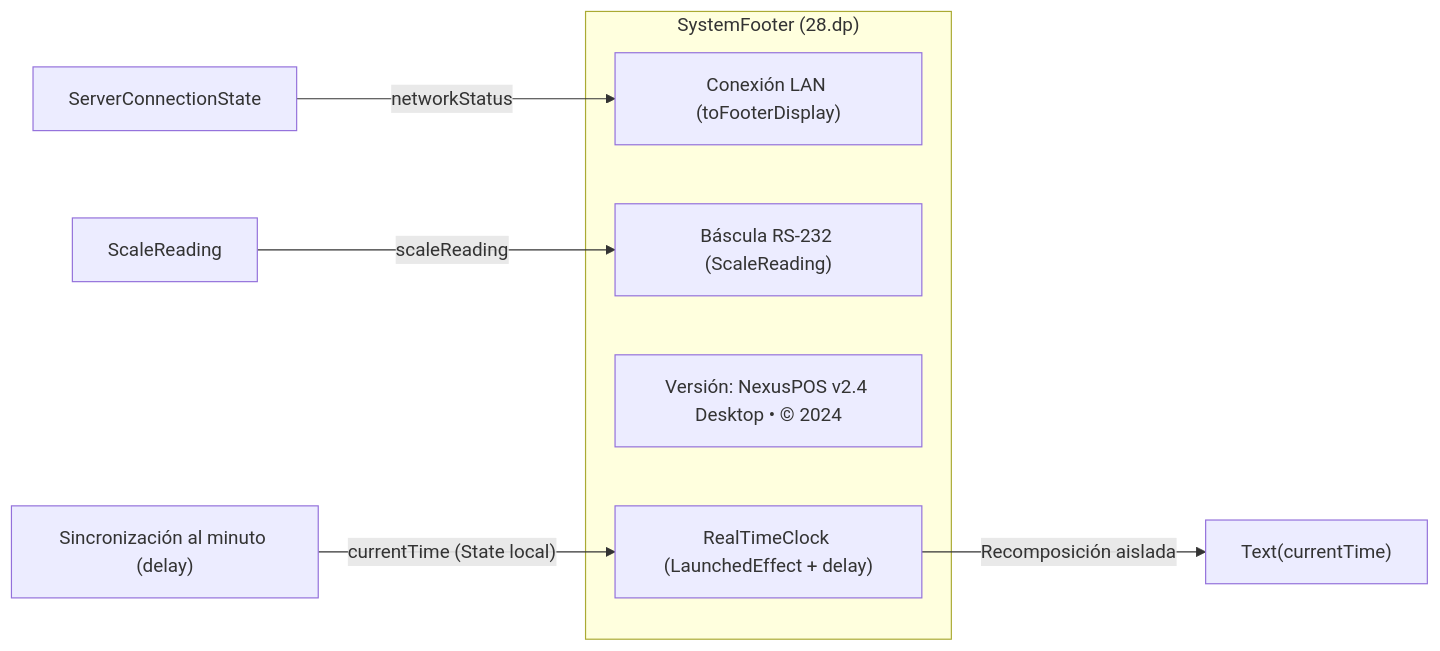
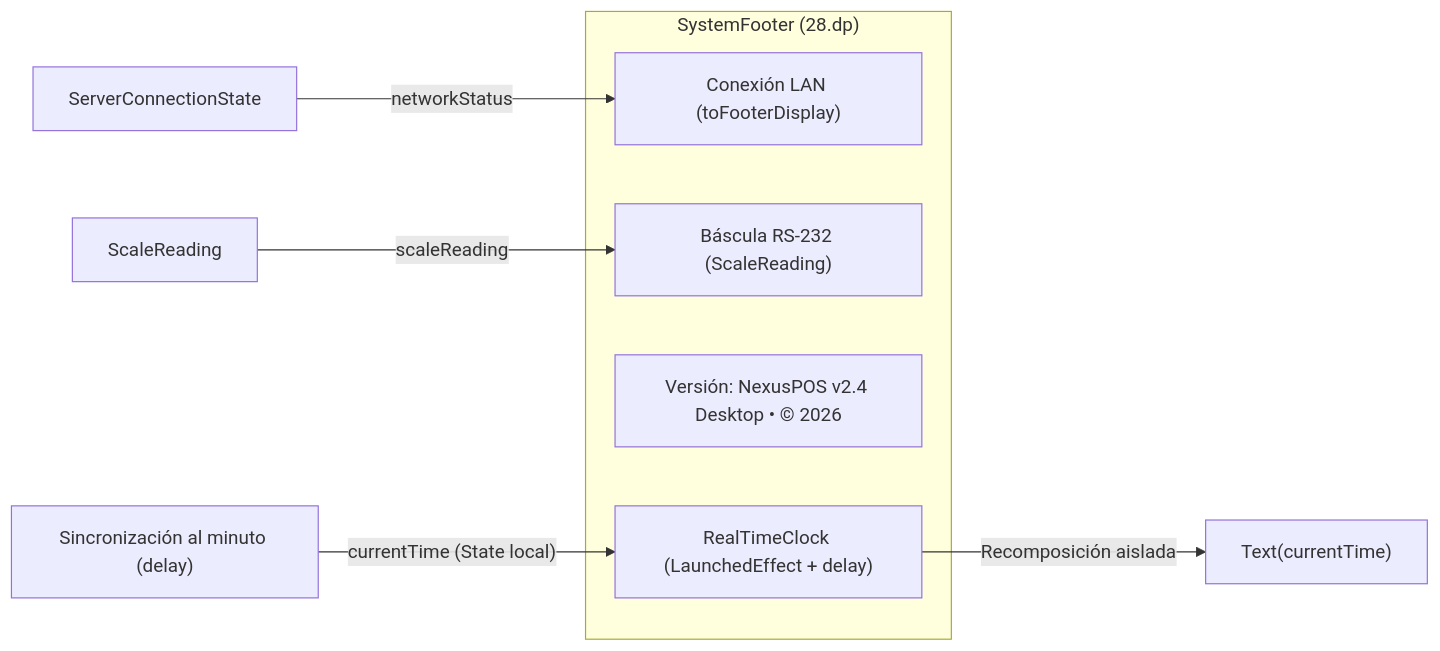
One commit to EddChavez/NexusPOS changed the diagram in docs/features/system-status-footer.md. Above: the diagram before and after it, drawn with Mermaid. The commit also changed other lines of this file and 4 other files, not shown here.

````diff
--- a/docs/features/system-status-footer.md
+++ b/docs/features/system-status-footer.md
@@ -49,14 +49,14 @@
 ```mermaid
 flowchart LR
     subgraph Footer["SystemFooter (28.dp)"]
         LAN["Conexión LAN (toFooterDisplay)"]
         Scale["Báscula RS-232 (ScaleReading)"]
-        Version["Versión: NexusPOS v2.4 Desktop • © 2024"]
+        Version["Versión: NexusPOS v2.4 Desktop • © 2026"]
         Clock["RealTimeClock (LaunchedEffect + delay)"]
     end
 
     LANState["ServerConnectionState"] -->|"networkStatus"| LAN
     ScaleState["ScaleReading"] -->|"scaleReading"| Scale
     ClockTimer["Sincronización al minuto (delay)"] -->|"currentTime (State local)"| Clock
     Clock -->|"Recomposición aislada"| ClockText["Text(currentTime)"]
 ```
````
